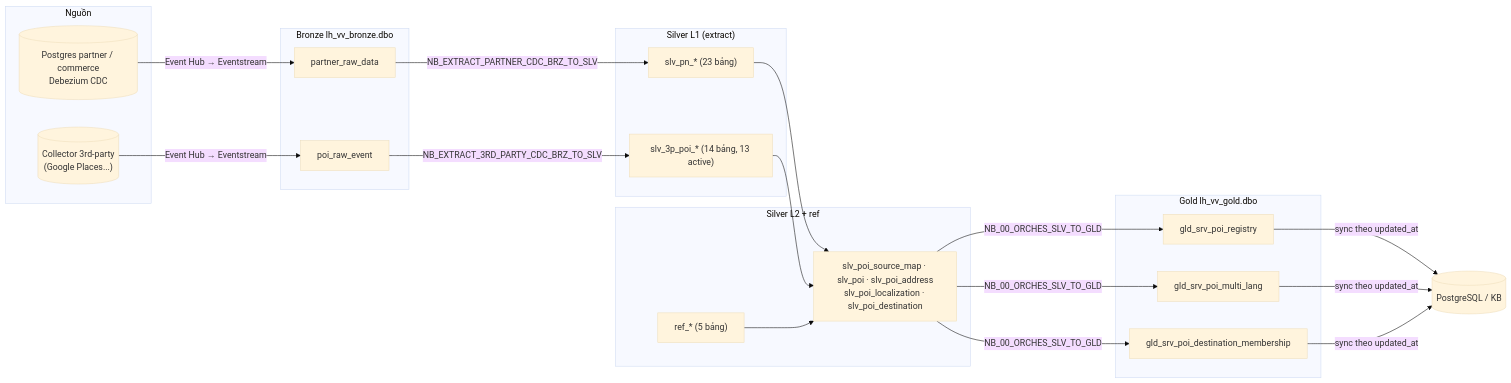
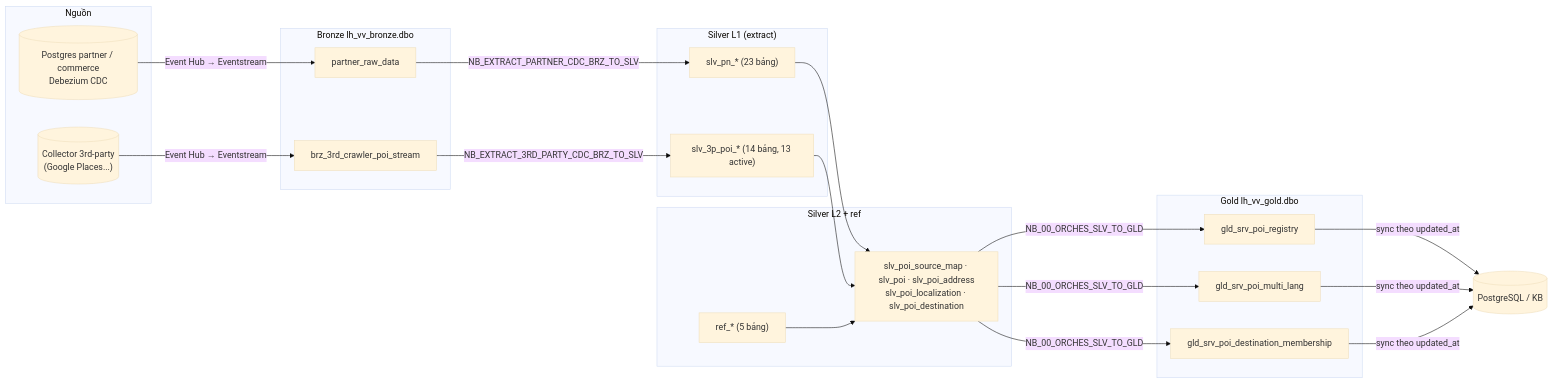
Before and after one commit to iamhuybach/SunGrp_VSVN: the diagram in docs/context/01_DATA_MODEL.md, drawn with Mermaid (base theme). The commit also changed other lines of this file and 48 other files, not shown here.

````diff
--- a/docs/context/01_DATA_MODEL.md
+++ b/docs/context/01_DATA_MODEL.md
@@ -37,33 +37,33 @@
 ```mermaid
 flowchart LR
   subgraph SRC["Nguồn"]
     PG[("Postgres partner / commerce<br/>Debezium CDC")]
     CR[("Collector 3rd-party<br/>(Google Places...)")]
   end
   subgraph BRZ["Bronze lh_vv_bronze.dbo"]
     R1["partner_raw_data"]
-    R2["poi_raw_event"]
+    R2["brz_3rd_crawler_poi_stream"]
   end
   subgraph L1["Silver L1 (extract)"]
     PN["slv_pn_* (23 bảng)"]
     P3["slv_3p_poi_* (14 bảng, 13 active)"]
   end
   subgraph L2["Silver L2 + ref"]
     N["slv_poi_source_map · slv_poi · slv_poi_address<br/>slv_poi_localization · slv_poi_destination"]
     RF["ref_* (5 bảng)"]
   end
   subgraph G["Gold lh_vv_gold.dbo"]
     GR["gld_srv_poi_registry"]
     GM["gld_srv_poi_multi_lang"]
     GD["gld_srv_poi_destination_membership"]
   end
   PG -->|Event Hub → Eventstream| R1
   CR -->|Event Hub → Eventstream| R2
   R1 -->|NB_EXTRACT_PARTNER_CDC_BRZ_TO_SLV| PN
   R2 -->|NB_EXTRACT_3RD_PARTY_CDC_BRZ_TO_SLV| P3
   PN --> N
   P3 --> N
   RF --> N
   N -->|NB_00_ORCHES_SLV_TO_GLD| GR & GM & GD
   GR & GM & GD -->|sync theo updated_at| OUT[("PostgreSQL / KB")]
 ```
````
